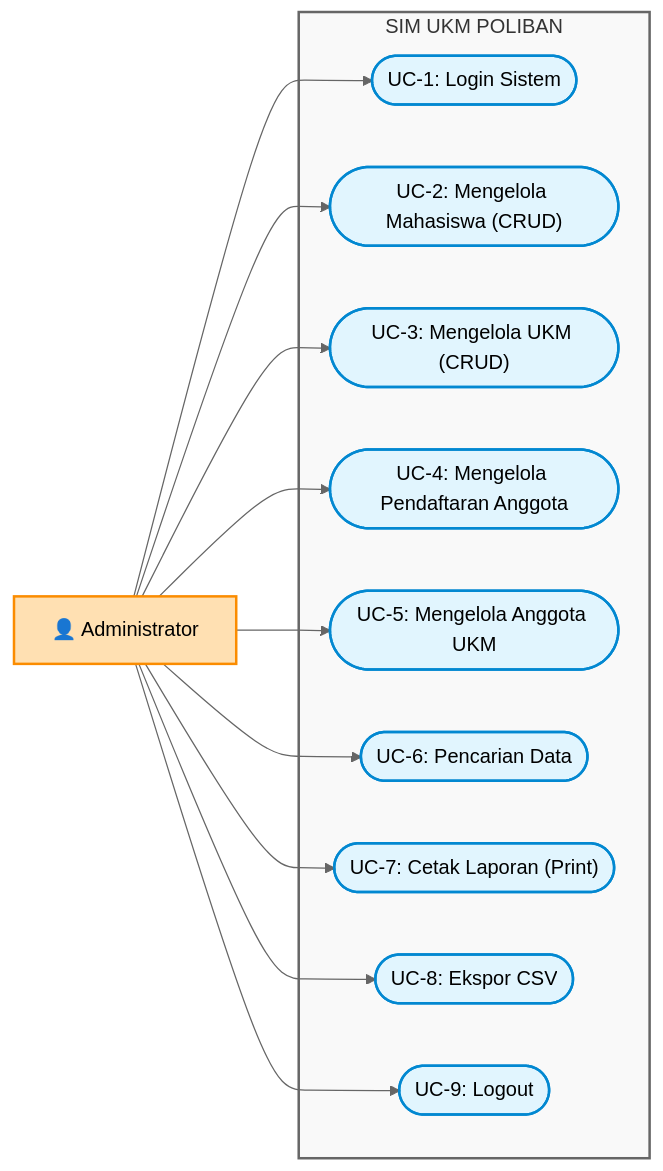
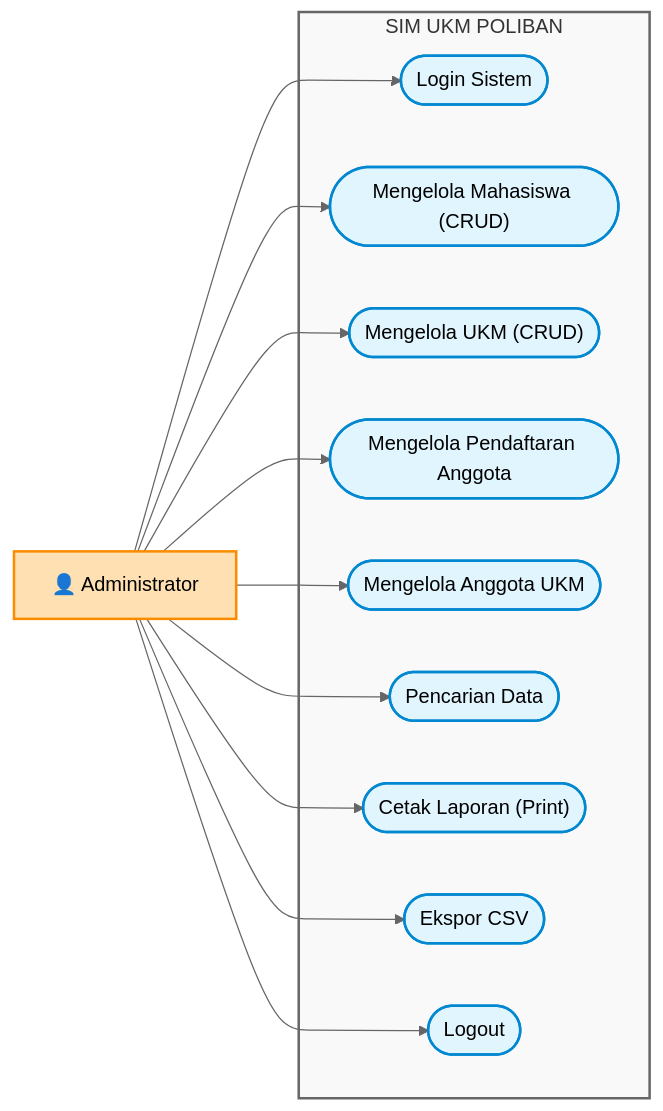
One commit to budicuy/pengelolaan-anggota-ukm-poliban-ujikom changed the first of 2 diagrams in README.md. Above: the diagram before and after it, drawn with Mermaid (neutral theme). The commit also changed other lines of this file, not shown here.

````diff
--- a/README.md
+++ b/README.md
@@ -56,32 +56,32 @@
 ```mermaid
 flowchart LR
     admin["👤 Administrator"]
 
     subgraph SIM_UKM_POLIBAN["SIM UKM POLIBAN"]
-        UC1(["UC-1: Login Sistem"])
-        UC2(["UC-2: Mengelola Mahasiswa (CRUD)"])
-        UC3(["UC-3: Mengelola UKM (CRUD)"])
-        UC4(["UC-4: Mengelola Pendaftaran Anggota"])
-        UC5(["UC-5: Mengelola Anggota UKM"])
-        UC6(["UC-6: Pencarian Data"])
-        UC7(["UC-7: Cetak Laporan (Print)"])
-        UC8(["UC-8: Ekspor CSV"])
-        UC9(["UC-9: Logout"])
+        UC1(["Login Sistem"])
+        UC2(["Mengelola Mahasiswa (CRUD)"])
+        UC3(["Mengelola UKM (CRUD)"])
+        UC4(["Mengelola Pendaftaran Anggota"])
+        UC5(["Mengelola Anggota UKM"])
+        UC6(["Pencarian Data"])
+        UC7(["Cetak Laporan (Print)"])
+        UC8(["Ekspor CSV"])
+        UC9(["Logout"])
     end
 
     admin --> UC1
     admin --> UC2
     admin --> UC3
     admin --> UC4
     admin --> UC5
     admin --> UC6
     admin --> UC7
     admin --> UC8
     admin --> UC9
 
     classDef actor fill:#ffe0b2,stroke:#fb8c00,stroke-width:2px,color:#000;
     classDef usecase fill:#e1f5fe,stroke:#0288d1,stroke-width:2px,color:#000;
     class admin actor;
     class UC1,UC2,UC3,UC4,UC5,UC6,UC7,UC8,UC9 usecase;
     style SIM_UKM_POLIBAN fill:#f9f9f9,stroke:#666,stroke-width:2px
 ```
````
